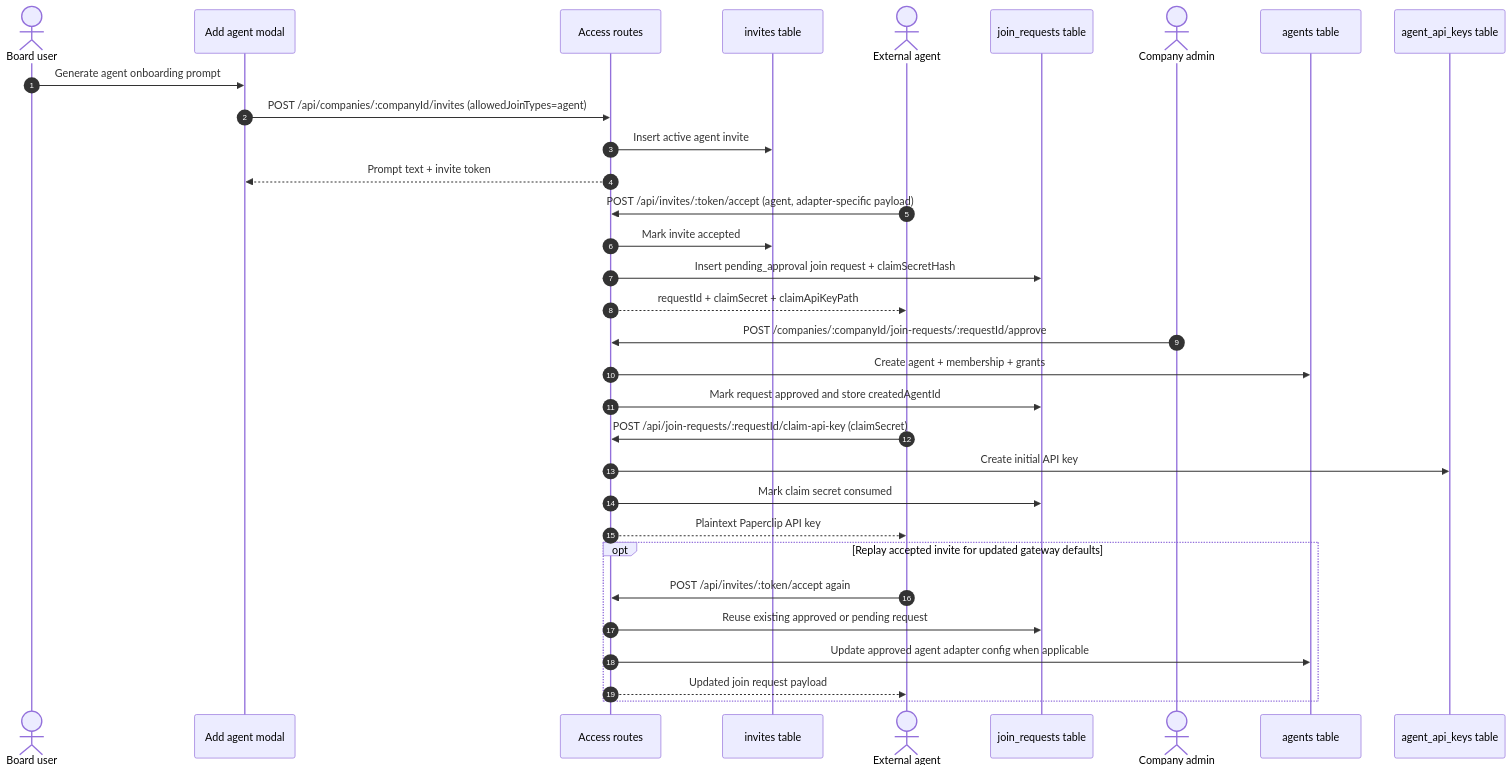
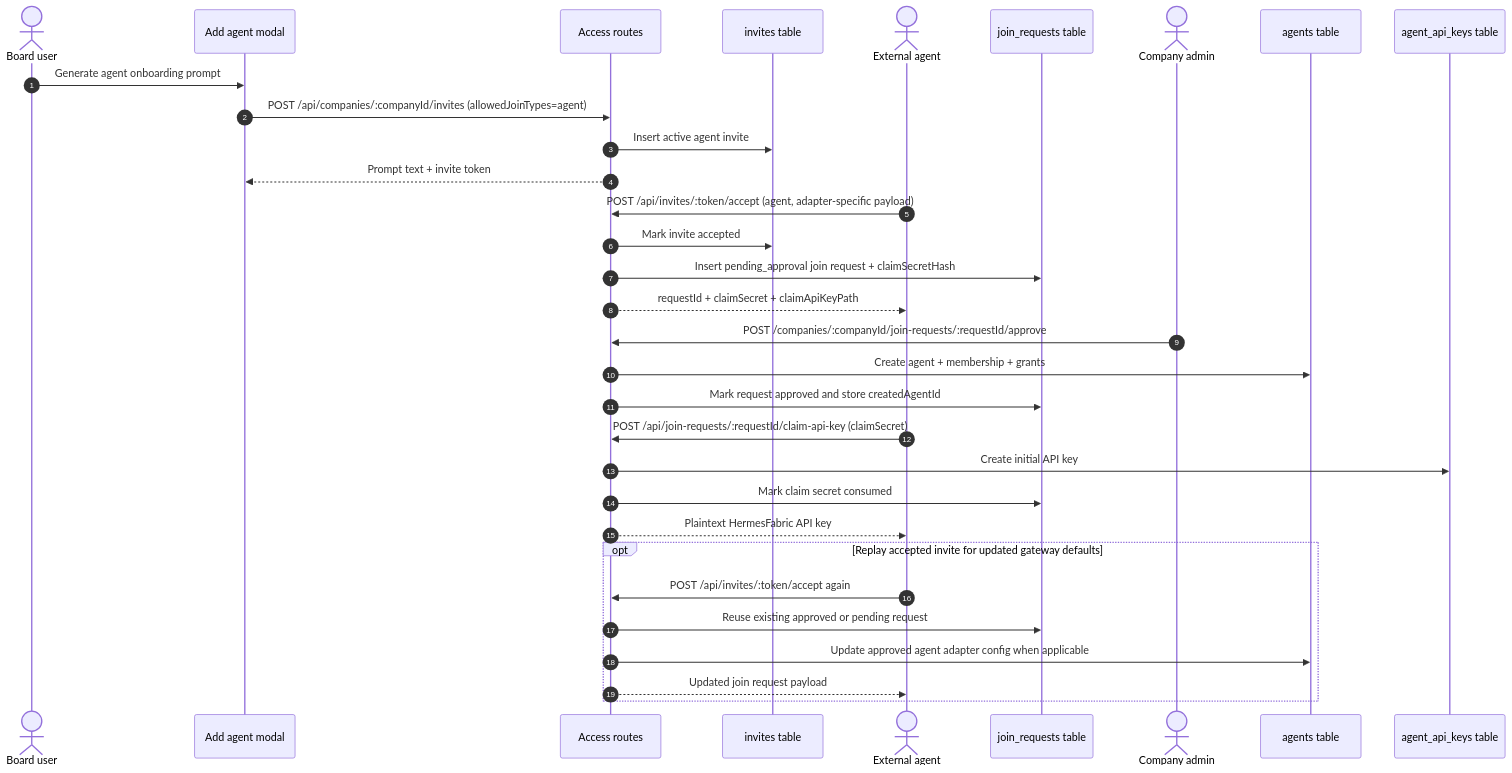
Before and after one commit to Dadmin88/hermes-agency: the sixth of 6 diagrams in apps/fabric/doc/spec/invite-flow.md, drawn with Mermaid. The commit also changed 2036 other files, not shown here.

````diff
--- a/apps/fabric/doc/spec/invite-flow.md
+++ b/apps/fabric/doc/spec/invite-flow.md
@@ -243,39 +243,39 @@
 ```mermaid
 sequenceDiagram
   autonumber
   actor Board as Board user
   participant AddAgent as Add agent modal
   participant API as Access routes
   participant Invites as invites table
   actor Gateway as External agent
   participant Join as join_requests table
   actor Approver as Company admin
   participant Agents as agents table
   participant Keys as agent_api_keys table
 
   Board->>AddAgent: Generate agent onboarding prompt
   AddAgent->>API: POST /api/companies/:companyId/invites (allowedJoinTypes=agent)
   API->>Invites: Insert active agent invite
   API-->>AddAgent: Prompt text + invite token
 
   Gateway->>API: POST /api/invites/:token/accept (agent, adapter-specific payload)
   API->>Invites: Mark invite accepted
   API->>Join: Insert pending_approval join request + claimSecretHash
   API-->>Gateway: requestId + claimSecret + claimApiKeyPath
 
   Approver->>API: POST /companies/:companyId/join-requests/:requestId/approve
   API->>Agents: Create agent + membership + grants
   API->>Join: Mark request approved and store createdAgentId
 
   Gateway->>API: POST /api/join-requests/:requestId/claim-api-key (claimSecret)
   API->>Keys: Create initial API key
   API->>Join: Mark claim secret consumed
-  API-->>Gateway: Plaintext Paperclip API key
+  API-->>Gateway: Plaintext HermesFabric API key
 
   opt Replay accepted invite for updated gateway defaults
     Gateway->>API: POST /api/invites/:token/accept again
     API->>Join: Reuse existing approved or pending request
     API->>Agents: Update approved agent adapter config when applicable
     API-->>Gateway: Updated join request payload
   end
 ```
````
